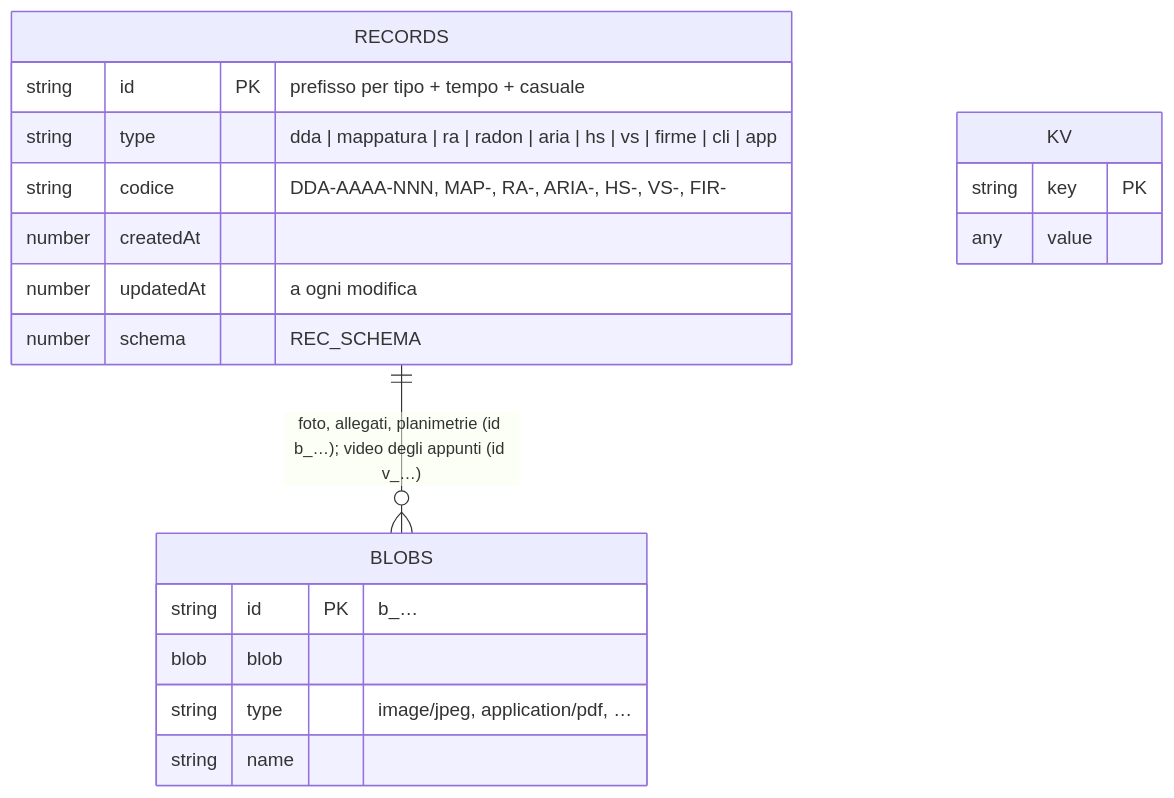
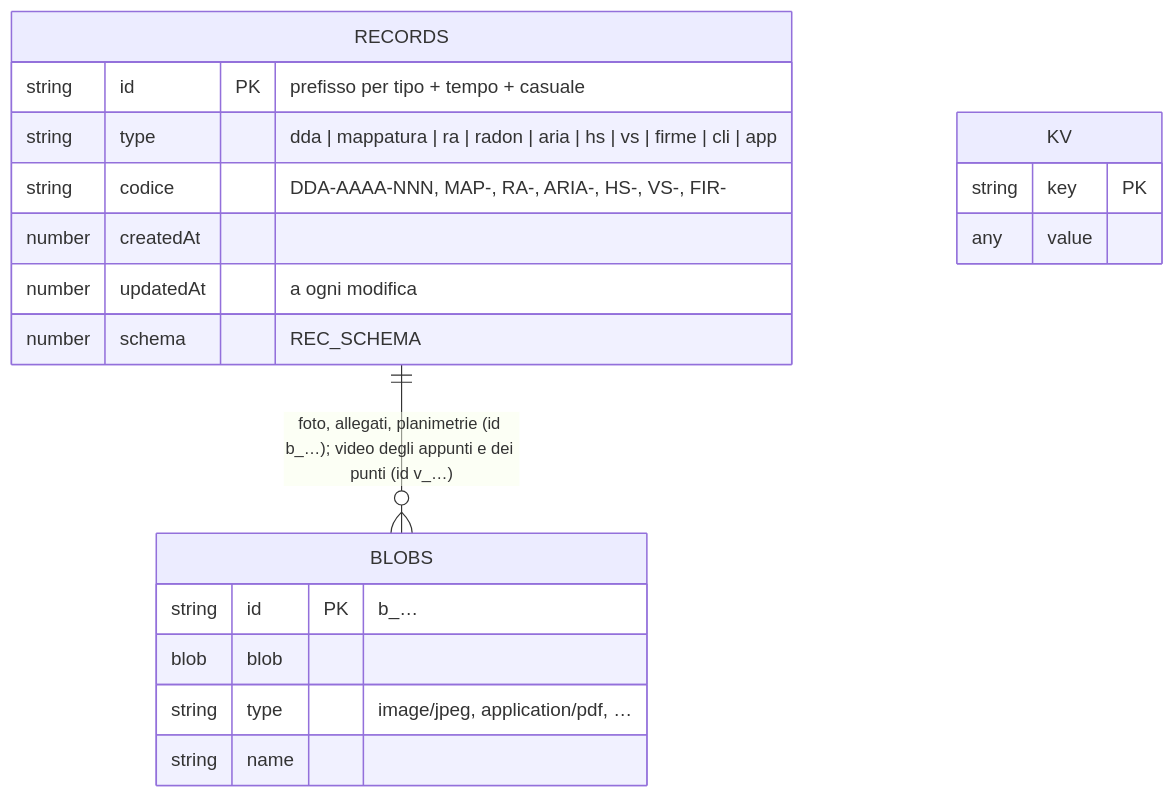
One commit to Waro/AppAmbiente changed the first of 2 diagrams in docs/DATA_MODEL.md. Above: the diagram before and after it, drawn with Mermaid. The commit also changed other lines of this file and 21 other files, not shown here.

First line of the commit message:
v60: video ovunque ci sono le foto, fotocamera degli appunti, PDF con tutte le pagine

````diff
--- a/docs/DATA_MODEL.md
+++ b/docs/DATA_MODEL.md
@@ -23,22 +23,22 @@
 ```mermaid
 erDiagram
-  RECORDS ||--o{ BLOBS : "foto, allegati, planimetrie (id b_…); video degli appunti (id v_…)"
+  RECORDS ||--o{ BLOBS : "foto, allegati, planimetrie (id b_…); video degli appunti e dei punti (id v_…)"
   RECORDS {
     string id PK "prefisso per tipo + tempo + casuale"
     string type "dda | mappatura | ra | radon | aria | hs | vs | firme | cli | app"
     string codice "DDA-AAAA-NNN, MAP-, RA-, ARIA-, HS-, VS-, FIR-"
     number createdAt
     number updatedAt "a ogni modifica"
     number schema "REC_SCHEMA"
   }
   BLOBS {
     string id PK "b_…"
     blob blob
     string type "image/jpeg, application/pdf, …"
     string name
   }
   KV {
     string key PK
     any value
   }
 ```
````
